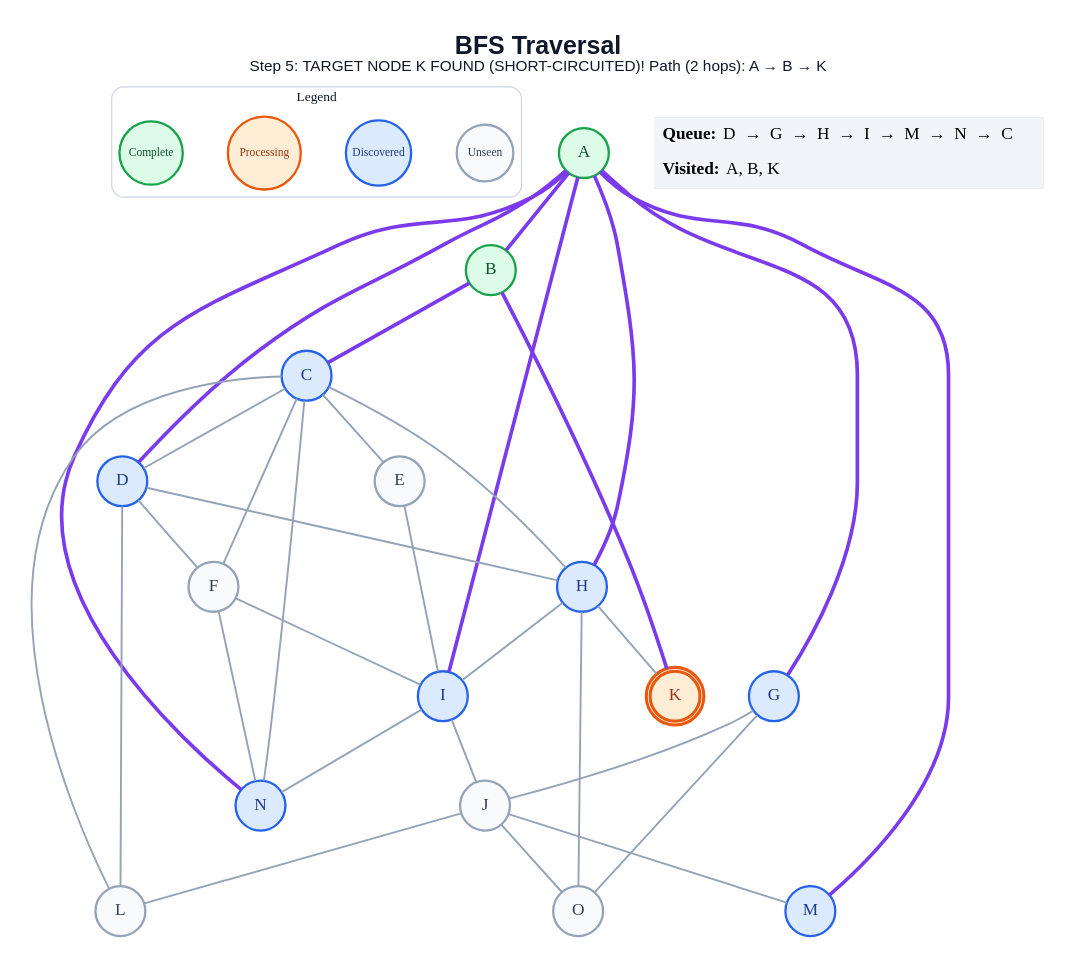
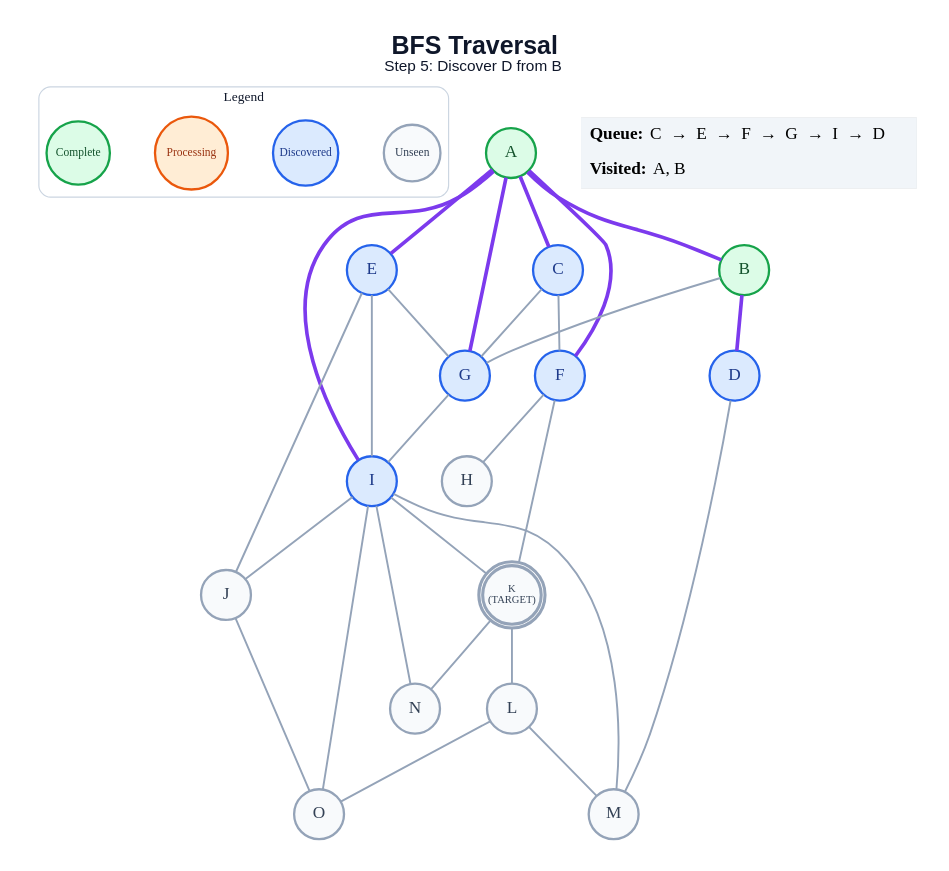
One commit to anon7238593-create/ai-slop changed the diagram in generated/short-circuit/bfs/step_05.dot. Above: the diagram before and after it, drawn with Graphviz. The commit also changed 225 other files, not shown here.

```diff
--- a/generated/short-circuit/bfs/step_05.dot
+++ b/generated/short-circuit/bfs/step_05.dot
@@ -1,65 +1,61 @@
 graph traversal {
   graph [layout=dot, rankdir=TB, bgcolor="#FFFFFF", pad="0.35", nodesep="0.65", ranksep="0.8", fontname="Arial"];
   node [shape=circle, style="filled", fontname="Arial Bold", fontsize=18, width=0.72, fixedsize=true, penwidth=2.4];
   edge [color="#94A3B8", penwidth=2.0];
-  label=<<B>BFS Traversal</B><BR/><FONT POINT-SIZE="16">Step 5: TARGET NODE K FOUND (SHORT-CIRCUITED)! Path (2 hops): A → B → K</FONT>>; labelloc="t"; fontsize=26; fontname="Arial"; fontcolor="#0F172A";
+  label=<<B>BFS Traversal</B><BR/><FONT POINT-SIZE="16">Step 5: Discover D from B</FONT>>; labelloc="t"; fontsize=26; fontname="Arial"; fontcolor="#0F172A";
   subgraph cluster_legend { label="Legend"; color="#CBD5E1"; penwidth=1.2; style="rounded"; fontsize=14; fontname="Arial Bold";
     key_unseen [label="Unseen", fillcolor="#F8FAFC", color="#94A3B8", fontcolor="#334155", fontsize=12, width=0.82];
     key_frontier [label="Discovered", fillcolor="#DBEAFE", color="#2563EB", fontcolor="#1E3A8A", fontsize=12, width=0.95];
     key_current [label="Processing", fillcolor="#FFEDD5", color="#EA580C", fontcolor="#9A3412", fontsize=12, width=1.05];
     key_done [label="Complete", fillcolor="#DCFCE7", color="#16A34A", fontcolor="#14532D", fontsize=12, width=0.92];
     { rank=same; key_unseen; key_frontier; key_current; key_done; }
   }
   A [label="A", fillcolor="#DCFCE7", color="#16A34A", fontcolor="#14532D", peripheries=1, penwidth=2.4];
   B [label="B", fillcolor="#DCFCE7", color="#16A34A", fontcolor="#14532D", peripheries=1, penwidth=2.4];
   C [label="C", fillcolor="#DBEAFE", color="#2563EB", fontcolor="#1E3A8A", peripheries=1, penwidth=2.4];
   D [label="D", fillcolor="#DBEAFE", color="#2563EB", fontcolor="#1E3A8A", peripheries=1, penwidth=2.4];
-  E [label="E", fillcolor="#F8FAFC", color="#94A3B8", fontcolor="#334155", peripheries=1, penwidth=2.4];
-  F [label="F", fillcolor="#F8FAFC", color="#94A3B8", fontcolor="#334155", peripheries=1, penwidth=2.4];
+  E [label="E", fillcolor="#DBEAFE", color="#2563EB", fontcolor="#1E3A8A", peripheries=1, penwidth=2.4];
+  F [label="F", fillcolor="#DBEAFE", color="#2563EB", fontcolor="#1E3A8A", peripheries=1, penwidth=2.4];
   G [label="G", fillcolor="#DBEAFE", color="#2563EB", fontcolor="#1E3A8A", peripheries=1, penwidth=2.4];
-  H [label="H", fillcolor="#DBEAFE", color="#2563EB", fontcolor="#1E3A8A", peripheries=1, penwidth=2.4];
+  H [label="H", fillcolor="#F8FAFC", color="#94A3B8", fontcolor="#334155", peripheries=1, penwidth=2.4];
   I [label="I", fillcolor="#DBEAFE", color="#2563EB", fontcolor="#1E3A8A", peripheries=1, penwidth=2.4];
   J [label="J", fillcolor="#F8FAFC", color="#94A3B8", fontcolor="#334155", peripheries=1, penwidth=2.4];
-  K [label="K", fillcolor="#FFEDD5", color="#EA580C", fontcolor="#9A3412", peripheries=2, penwidth=3.2];
+  K [label="K\n(TARGET)", fillcolor="#F8FAFC", color="#94A3B8", fontcolor="#334155", peripheries=2, penwidth=3.2, fontsize=11, width=0.85, height=0.85];
   L [label="L", fillcolor="#F8FAFC", color="#94A3B8", fontcolor="#334155", peripheries=1, penwidth=2.4];
-  M [label="M", fillcolor="#DBEAFE", color="#2563EB", fontcolor="#1E3A8A", peripheries=1, penwidth=2.4];
-  N [label="N", fillcolor="#DBEAFE", color="#2563EB", fontcolor="#1E3A8A", peripheries=1, penwidth=2.4];
+  M [label="M", fillcolor="#F8FAFC", color="#94A3B8", fontcolor="#334155", peripheries=1, penwidth=2.4];
+  N [label="N", fillcolor="#F8FAFC", color="#94A3B8", fontcolor="#334155", peripheries=1, penwidth=2.4];
   O [label="O", fillcolor="#F8FAFC", color="#94A3B8", fontcolor="#334155", peripheries=1, penwidth=2.4];
   A -- B [color="#7C3AED", penwidth=3.8];
-  A -- D [color="#7C3AED", penwidth=3.8];
+  A -- C [color="#7C3AED", penwidth=3.8];
+  A -- E [color="#7C3AED", penwidth=3.8];
+  A -- F [color="#7C3AED", penwidth=3.8];
   A -- G [color="#7C3AED", penwidth=3.8];
-  A -- H [color="#7C3AED", penwidth=3.8];
   A -- I [color="#7C3AED", penwidth=3.8];
-  A -- M [color="#7C3AED", penwidth=3.8];
-  A -- N [color="#7C3AED", penwidth=3.8];
-  B -- C [color="#7C3AED", penwidth=3.8];
-  B -- K [color="#7C3AED", penwidth=3.8];
-  C -- D;
-  C -- E;
+  B -- D [color="#7C3AED", penwidth=3.8];
+  B -- G;
   C -- F;
-  C -- H;
-  C -- L;
-  C -- N;
-  D -- F;
-  D -- H;
-  D -- L;
+  C -- G;
+  D -- M;
+  E -- G;
   E -- I;
-  F -- I;
-  F -- N;
-  G -- J;
-  G -- O;
-  H -- I;
-  H -- K;
-  H -- O;
+  E -- J;
+  F -- H;
+  F -- K;
+  G -- I;
   I -- J;
+  I -- K;
+  I -- M;
   I -- N;
-  J -- L;
-  J -- M;
+  I -- O;
   J -- O;
+  K -- L;
+  K -- N;
+  L -- M;
+  L -- O;
   status [shape=plain, fixedsize=false, width=0, height=0, margin=0, label=<
     <TABLE BORDER="0" CELLBORDER="0" CELLPADDING="7" BGCOLOR="#F1F5F9">
-      <TR><TD ALIGN="LEFT"><B>Queue:</B> D  →  G  →  H  →  I  →  M  →  N  →  C</TD></TR>
-      <TR><TD ALIGN="LEFT"><B>Visited:</B> A, B, K</TD></TR>
+      <TR><TD ALIGN="LEFT"><B>Queue:</B> C  →  E  →  F  →  G  →  I  →  D</TD></TR>
+      <TR><TD ALIGN="LEFT"><B>Visited:</B> A, B</TD></TR>
     </TABLE>
   >];
 }
```
